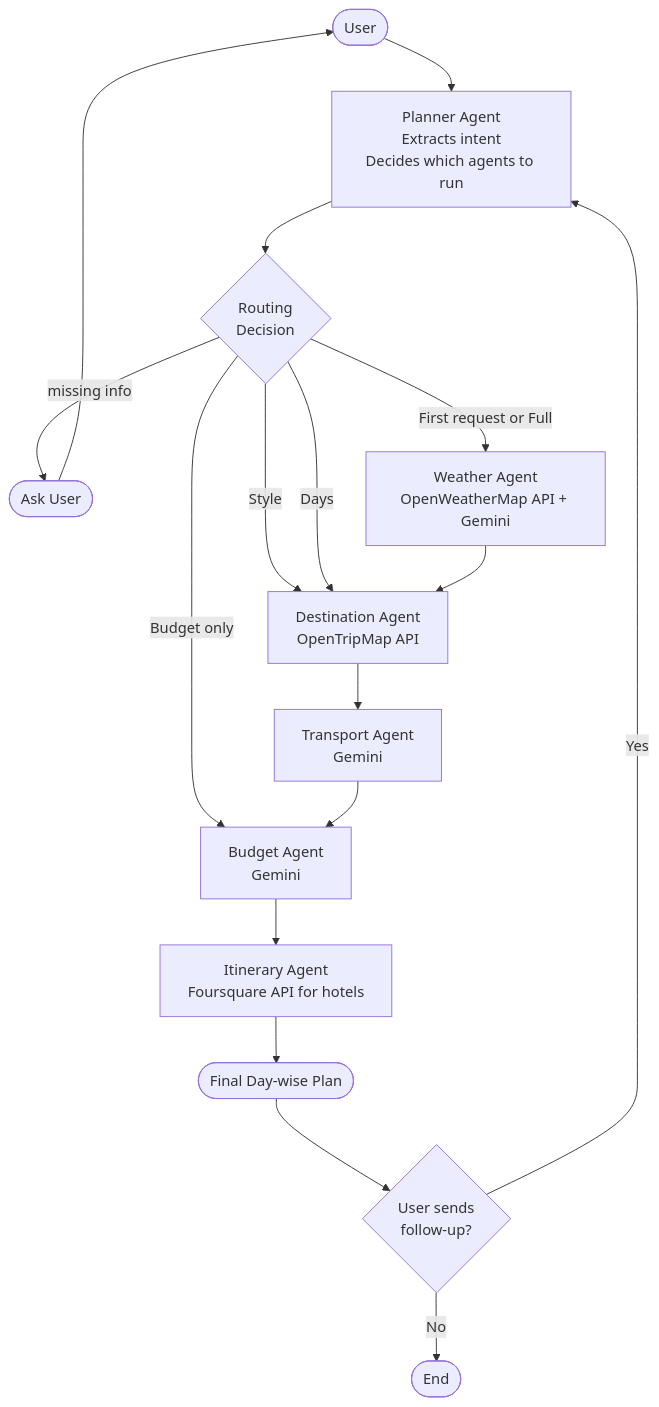
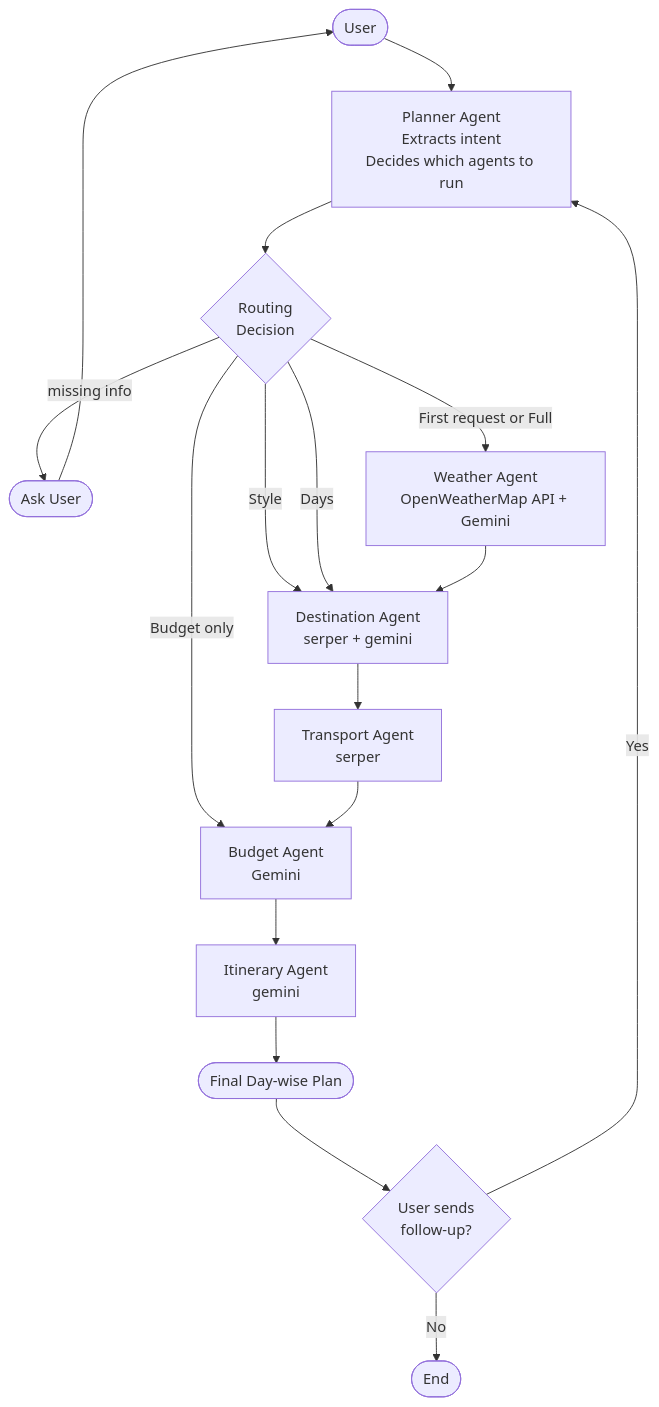
The diagram in README.md (RashiGarg2003/trip_planner_withreplanning), drawn with Mermaid before and after one commit.

````diff
--- a/README.md
+++ b/README.md
@@ -13,35 +13,35 @@
 ```mermaid
 
 flowchart TD
 
     U([User]) --> PL[Planner Agent<br/>Extracts intent<br/>Decides which agents to run]
 
     PL --> RD{Routing<br/>Decision}
 
     RD -->|missing info| ASK([Ask User]) --> U
 
     RD -->|First request or Full| W[Weather Agent<br/>OpenWeatherMap API + Gemini]
 
     RD -->|Style| D
 
     RD -->|Days| D
 
     RD -->|Budget only| B
 
-    W --> D[Destination Agent<br/>OpenTripMap API]
+    W --> D[Destination Agent<br/>serper + gemini]
 
-    D --> T[Transport Agent<br/>Gemini]
+    D --> T[Transport Agent<br/>serper]
 
     T --> B[Budget Agent<br/>Gemini]
 
-    B --> I[Itinerary Agent<br/>Foursquare API for hotels]
+    B --> I[Itinerary Agent<br/>gemini]
 
     I --> OUT([Final Day-wise Plan])
 
     OUT --> FU{User sends<br/>follow-up?}
 
     FU -->|No| END([End])
 
     FU -->|Yes| PL
 
 ```
````
